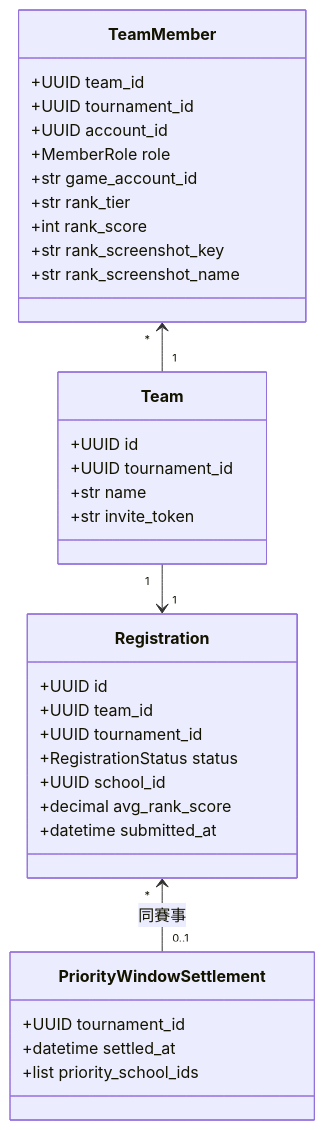
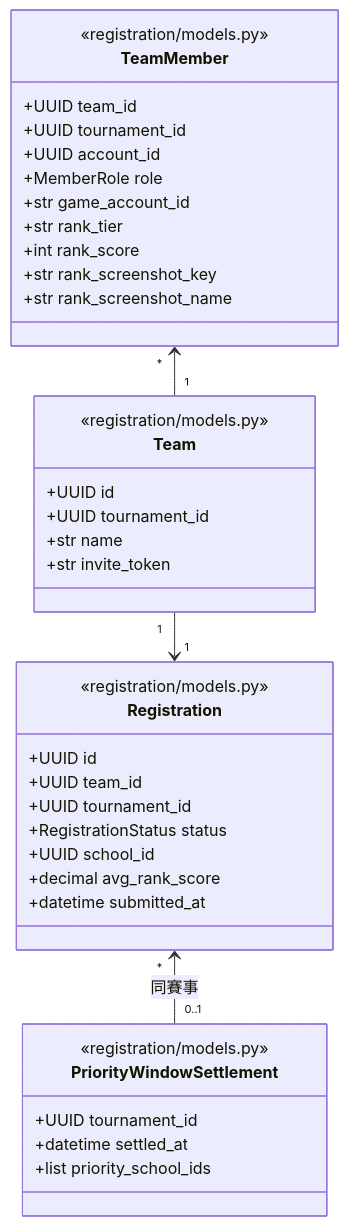
One commit to Team14good/esport-platform changed the eighth of 15 diagrams in docs/midterm/D-物件設計文件.md. Above: the diagram before and after it, drawn with Mermaid. The commit also changed other lines of this file and 15 other files, not shown here.

First line of the commit message:
docs: 圖上標註對應的程式檔、函式與使用案例編號 (#91)

````diff
--- a/docs/midterm/D-物件設計文件.md
+++ b/docs/midterm/D-物件設計文件.md
@@ -381,37 +382,41 @@
 ```mermaid
 classDiagram
   class Team {
+    <<registration/models.py>>
     +UUID id
     +UUID tournament_id
     +str name
     +str invite_token
   }
   class TeamMember {
+    <<registration/models.py>>
     +UUID team_id
     +UUID tournament_id
     +UUID account_id
     +MemberRole role
     +str game_account_id
     +str rank_tier
     +int rank_score
     +str rank_screenshot_key
     +str rank_screenshot_name
   }
   class Registration {
+    <<registration/models.py>>
     +UUID id
     +UUID team_id
     +UUID tournament_id
     +RegistrationStatus status
     +UUID school_id
     +decimal avg_rank_score
     +datetime submitted_at
   }
   class PriorityWindowSettlement {
+    <<registration/models.py>>
     +UUID tournament_id
     +datetime settled_at
     +list priority_school_ids
   }
   TeamMember "*" <-- "1" Team
   Team "1" --> "1" Registration
   Registration "*" <-- "0..1" PriorityWindowSettlement : 同賽事
 ```
````
